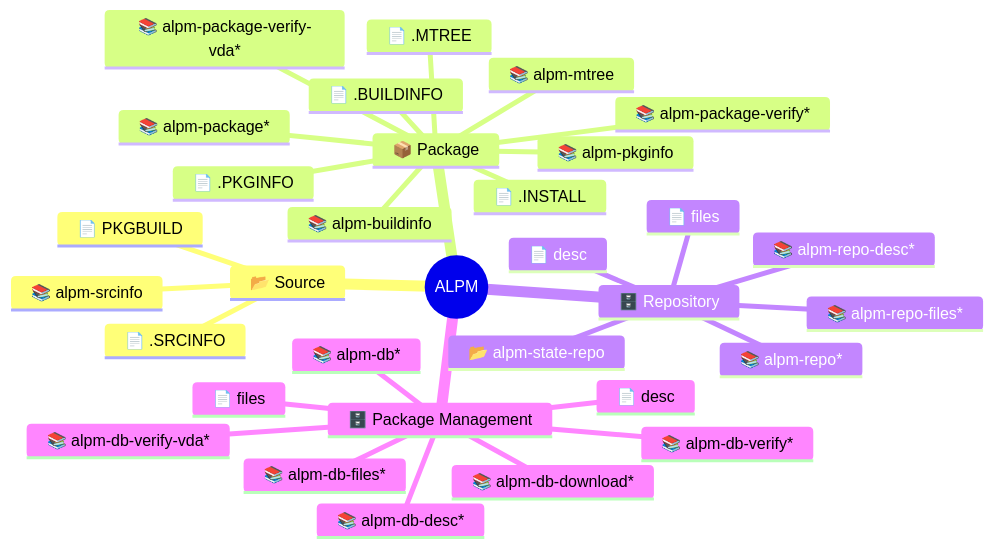
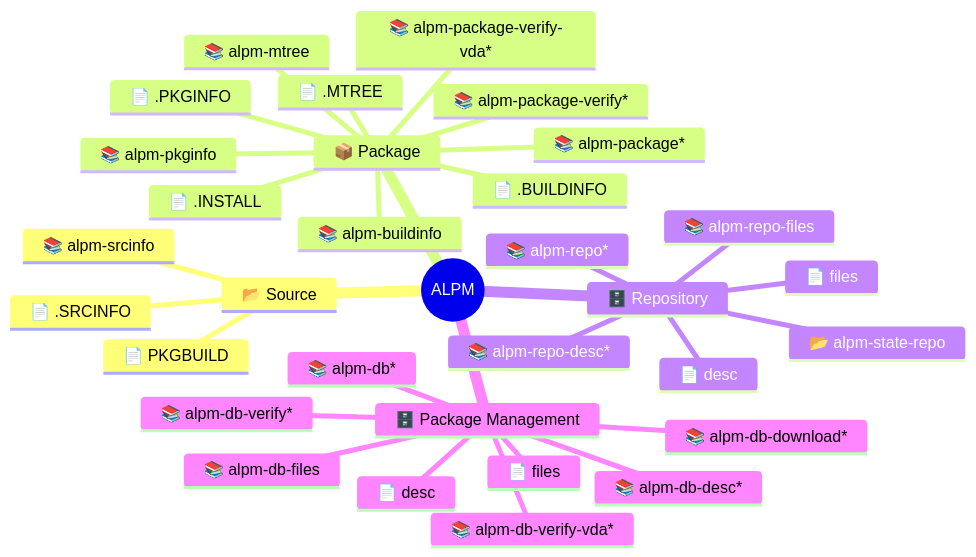
Before and after one commit to archlinux/alpm: the diagram in README.md, drawn with Mermaid. The commit also changed 3 other files, not shown here.

Commit message:
docs: Reference alpm-files spec for alpm-repo-files and alpm-db-files

````diff
--- a/README.md
+++ b/README.md
@@ -23,35 +23,35 @@
 ```mermaid
 mindmap
   root((ALPM))
     📂 Source
       📄 PKGBUILD
       📄 .SRCINFO
       📚️ alpm-srcinfo
     📦 Package
       📄 .BUILDINFO
       📄 .PKGINFO
       📄 .INSTALL
       📄 .MTREE
       📚️ alpm-buildinfo
       📚️ alpm-pkginfo
       📚️ alpm-mtree
       📚️ alpm-package*
       📚️ alpm-package-verify*
       📚️ alpm-package-verify-vda*
     🗄️ Repository
       📄 desc
       📄 files
       📚️ alpm-repo*
       📚️ alpm-repo-desc*
-      📚️ alpm-repo-files*
+      📚️ alpm-repo-files
       📂 alpm-state-repo
     🗄️ Package Management
       📄 desc
       📄 files
       📚️ alpm-db*
       📚️ alpm-db-desc*
       📚️ alpm-db-download*
-      📚️ alpm-db-files*
+      📚️ alpm-db-files
       📚️ alpm-db-verify*
       📚️ alpm-db-verify-vda*
 ```
````
